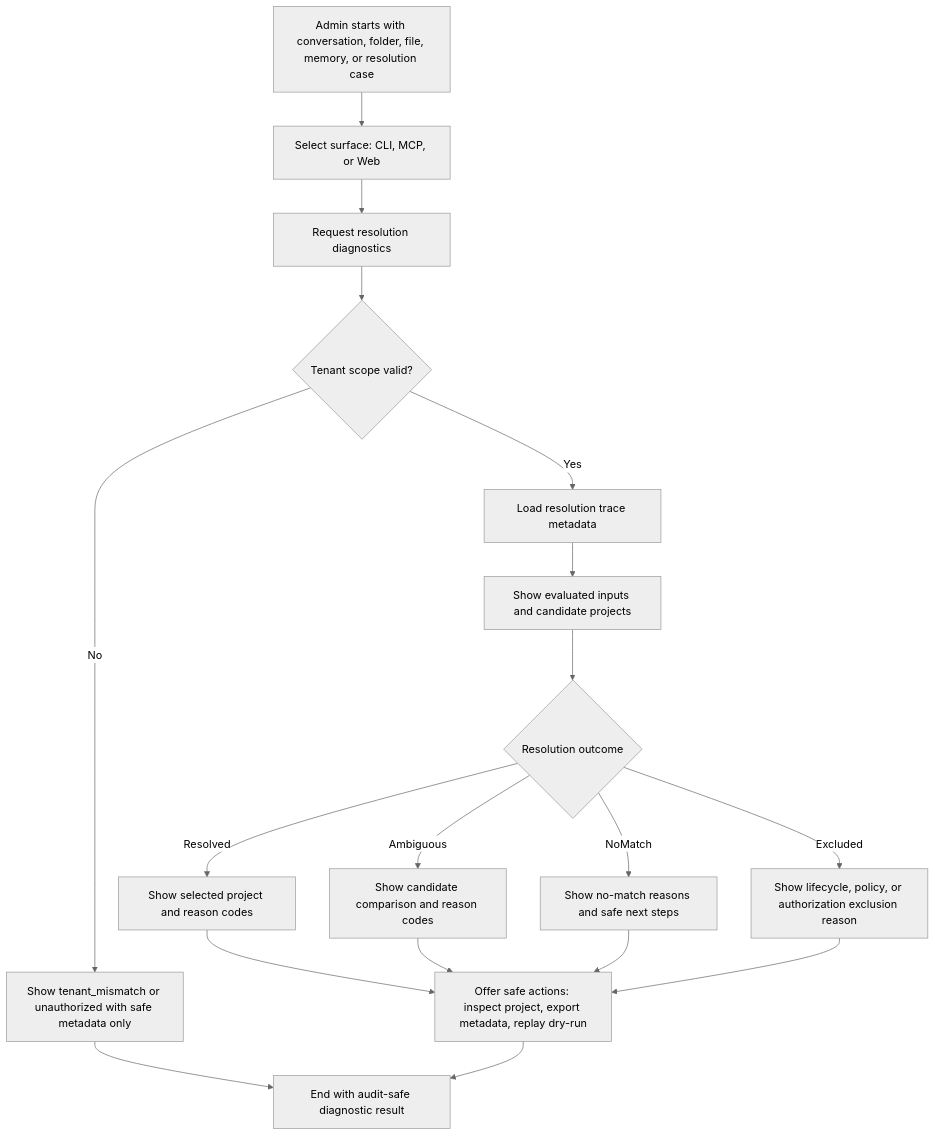
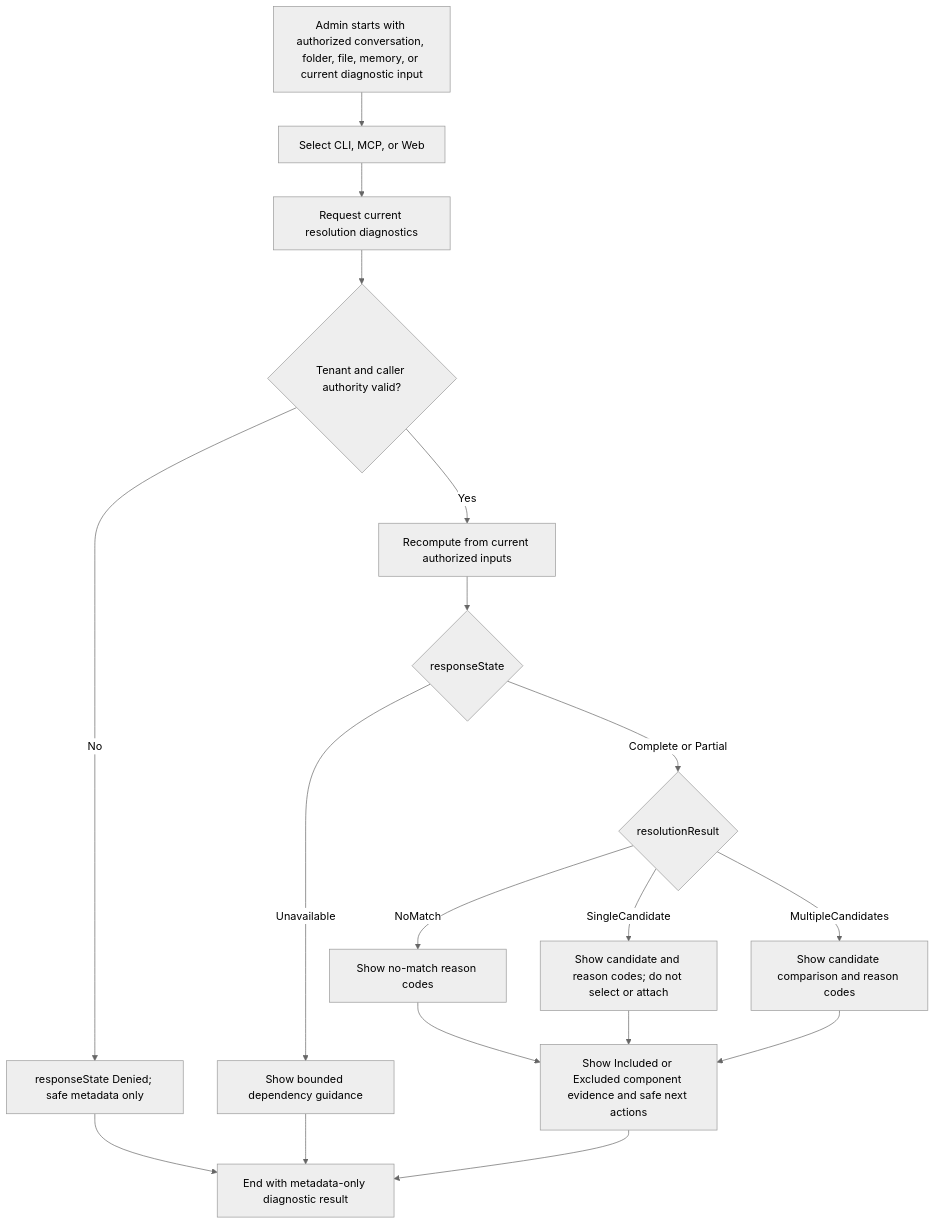
One commit to Hexalith/Hexalith.Projects changed the first of 3 diagrams in _bmad-output/planning-artifacts/ux-design-specification.md. Above: the diagram before and after it, drawn with Mermaid (neutral theme). The commit also changed other lines of this file and 13 other files, not shown here.

````diff
--- a/_bmad-output/planning-artifacts/ux-design-specification.md
+++ b/_bmad-output/planning-artifacts/ux-design-specification.md
@@ -591,20 +591,20 @@
 ```mermaid
 flowchart TD
-    A[Admin starts with conversation, folder, file, memory, or resolution case] --> B[Select surface: CLI, MCP, or Web]
-    B --> C[Request resolution diagnostics]
-    C --> D{Tenant scope valid?}
-    D -- No --> E[Show tenant_mismatch or unauthorized with safe metadata only]
-    D -- Yes --> F[Load resolution trace metadata]
-    F --> G[Show evaluated inputs and candidate projects]
-    G --> H{Resolution outcome}
-    H -- Resolved --> I[Show selected project and reason codes]
-    H -- Ambiguous --> J[Show candidate comparison and reason codes]
-    H -- NoMatch --> K[Show no-match reasons and safe next steps]
-    H -- Excluded --> L[Show lifecycle, policy, or authorization exclusion reason]
-    I --> M[Offer safe actions: inspect project, export metadata, replay dry-run]
-    J --> M
+    A[Admin starts with authorized conversation, folder, file, memory, or current diagnostic input] --> B[Select CLI, MCP, or Web]
+    B --> C[Request current resolution diagnostics]
+    C --> D{Tenant and caller authority valid?}
+    D -- No --> E[responseState Denied; safe metadata only]
+    D -- Yes --> F[Recompute from current authorized inputs]
+    F --> G{responseState}
+    G -- Unavailable --> H[Show bounded dependency guidance]
+    G -- Complete or Partial --> I{resolutionResult}
+    I -- NoMatch --> J[Show no-match reason codes]
+    I -- SingleCandidate --> K[Show candidate and reason codes; do not select or attach]
+    I -- MultipleCandidates --> L[Show candidate comparison and reason codes]
+    J --> M[Show Included or Excluded component evidence and safe next actions]
     K --> M
     L --> M
-    E --> N[End with audit-safe diagnostic result]
+    E --> N[End with metadata-only diagnostic result]
+    H --> N
     M --> N
 ```
````
